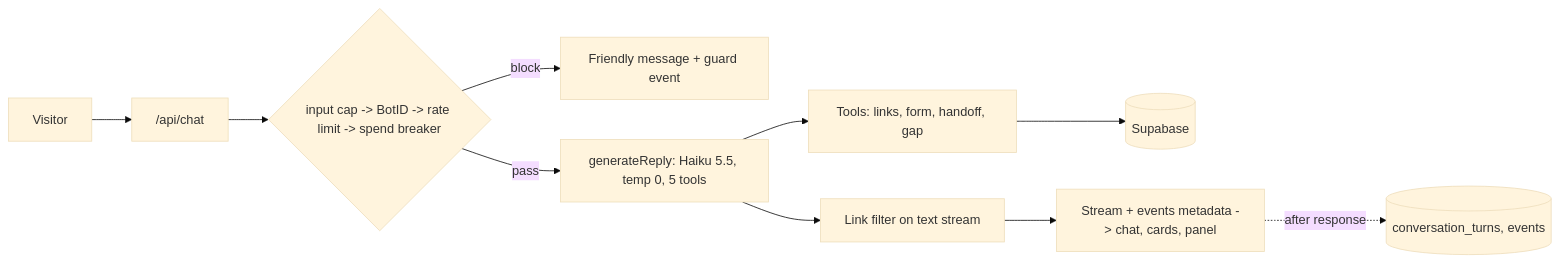
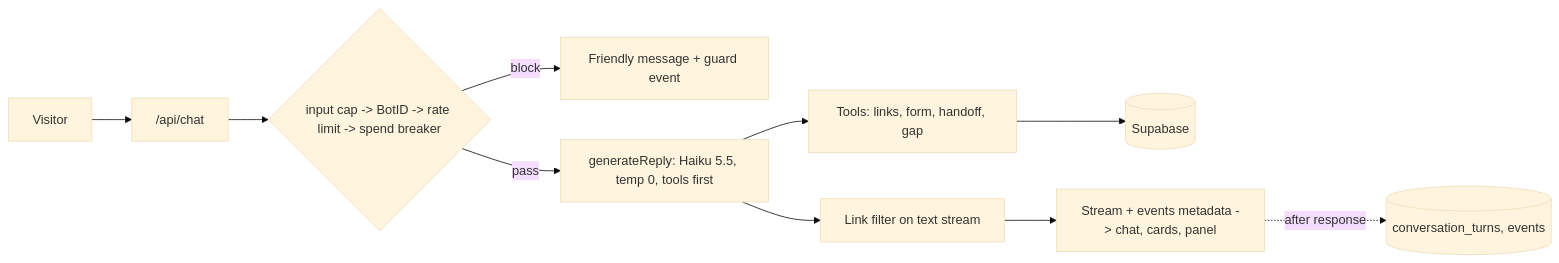
One commit to mejohnc-ft/agent-evaluation changed the diagram in README.md. Above: the diagram before and after it, drawn with Mermaid (base theme). The commit also changed other lines of this file and 1 other file, not shown here.

````diff
--- a/README.md
+++ b/README.md
@@ -29,12 +29,12 @@
 ```mermaid
 flowchart LR
   V[Visitor] --> R["/api/chat"]
   R --> G{"input cap -> BotID -> rate limit -> spend breaker"}
   G -- block --> F[Friendly message + guard event]
-  G -- pass --> GR["generateReply: Haiku 5.5, temp 0, 5 tools"]
+  G -- pass --> GR["generateReply: Haiku 5.5, temp 0, tools first"]
   GR --> T[Tools: links, form, handoff, gap]
   T --> S[(Supabase)]
   GR --> LF[Link filter on text stream]
   LF --> UI[Stream + events metadata -> chat, cards, panel]
   UI -.after response.-> L[(conversation_turns, events)]
 ```
````
